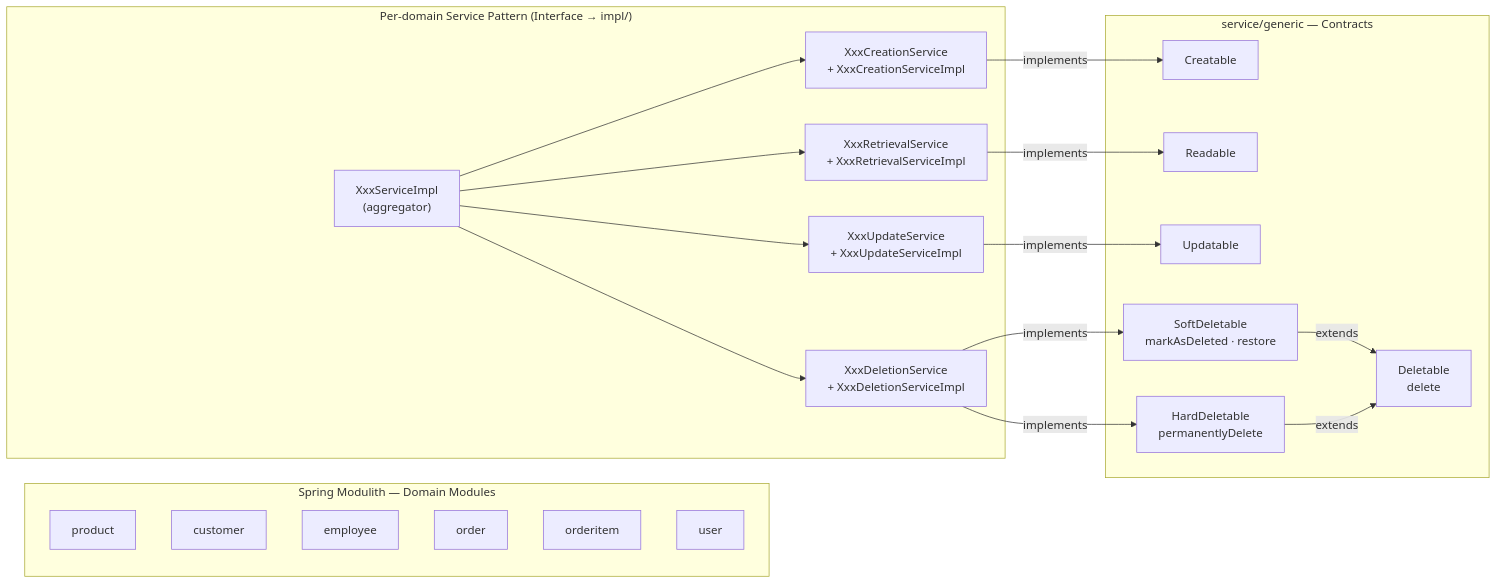
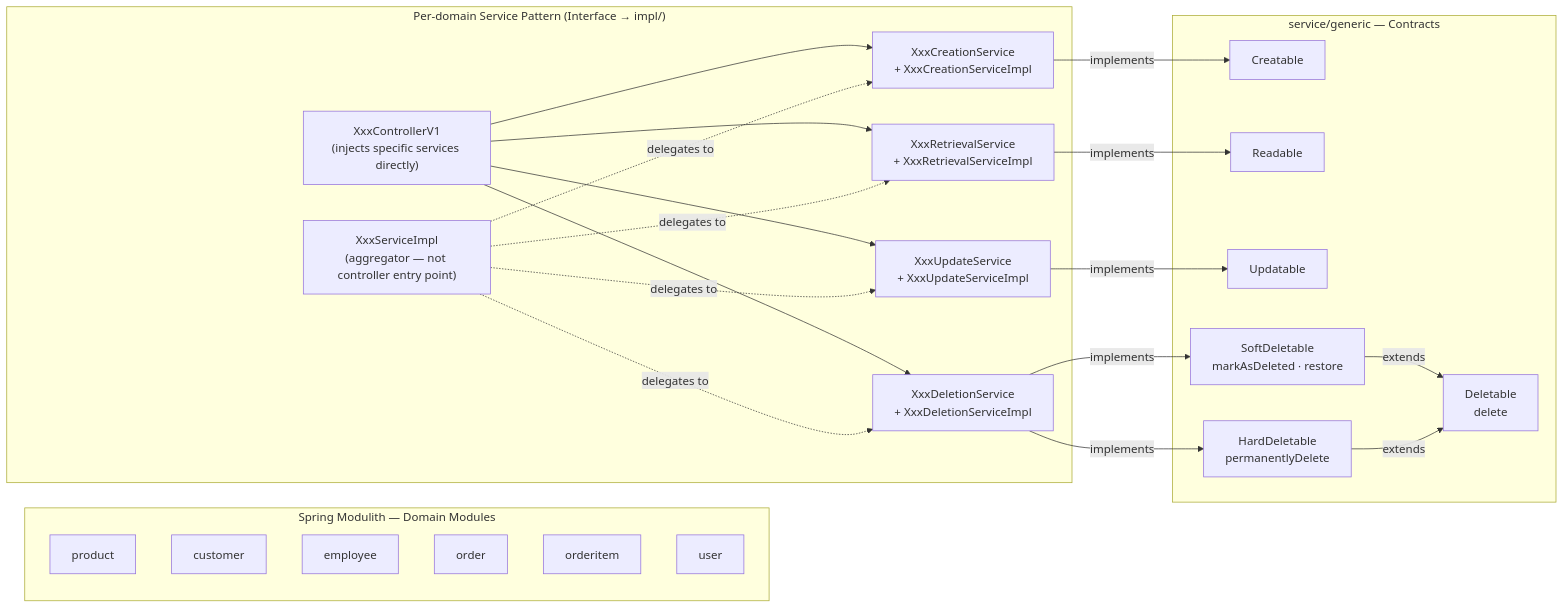
Before and after one commit to nt-hongnhat/StoreVision: the third of 5 diagrams in README.md, drawn with Mermaid. The commit also changed 1 other file, not shown here.

Commit message:
feat(service): clarify service architecture and update deletion flow
- Update service pattern to enforce direct injection of operation-specific services into controllers.
- Refactor deletion flow: promote `markAsDeleted` for direct controller use and delegate business rule checks to operation-specific implementations (e.g., `ProductDeletionServiceImpl`).
- Update documentation for DTO, mapping rules, and constant usage in API responses.
- Revise test structure to align with updated service architecture.

````diff
--- a/README.md
+++ b/README.md
@@ -206,35 +206,37 @@
 ```mermaid
 graph LR
     subgraph Domains["Spring Modulith — Domain Modules"]
         P["product"]
         C["customer"]
         E["employee"]
         O["order"]
         OI["orderitem"]
         U["user"]
     end
 
     subgraph Pattern["Per-domain Service Pattern (Interface → impl/)"]
-        IMPL["XxxServiceImpl\n(aggregator)"]
+        CTL_V1["XxxControllerV1\n(injects specific services directly)"]
+        IMPL["XxxServiceImpl\n(aggregator — not controller entry point)"]
         CS["XxxCreationService\n+ XxxCreationServiceImpl"]
         RS["XxxRetrievalService\n+ XxxRetrievalServiceImpl"]
         US["XxxUpdateService\n+ XxxUpdateServiceImpl"]
         DS["XxxDeletionService\n+ XxxDeletionServiceImpl"]
-        IMPL --> CS & RS & US & DS
+        CTL_V1 --> CS & RS & US & DS
+        IMPL -.->|delegates to| CS & RS & US & DS
     end
 
     subgraph Generic["service/generic — Contracts"]
         CR["Creatable"]
         RD["Readable"]
         UP["Updatable"]
         SD["SoftDeletable\nmarkAsDeleted · restore"]
         HD["HardDeletable\npermanentlyDelete"]
         DL["Deletable\ndelete"]
         SD & HD -->|extends| DL
     end
 
     CS -->|implements| CR
     RS -->|implements| RD
     US -->|implements| UP
     DS -->|implements| SD & HD
 ```
````
